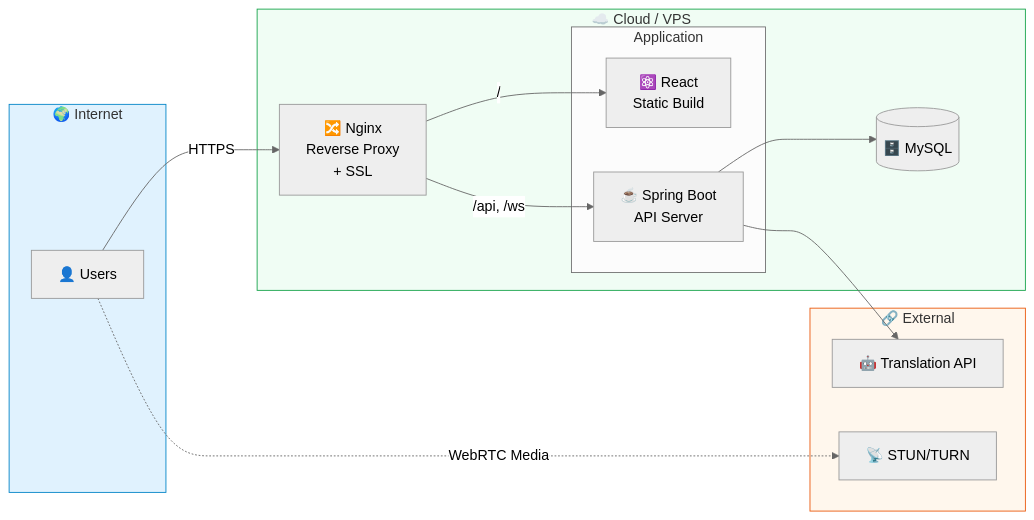
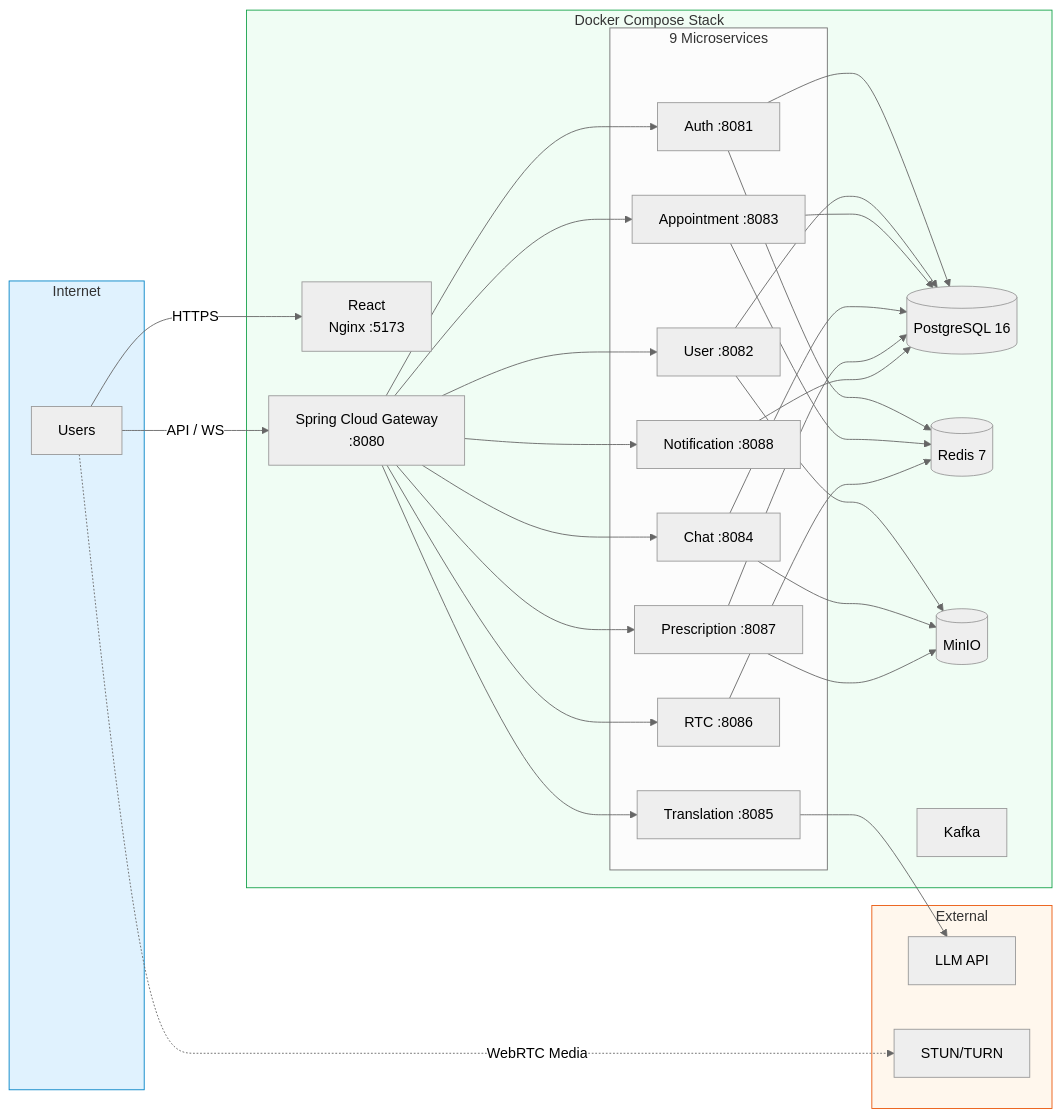
One commit to shivamgoyalCD/SwasthyaSetu changed the sixth of 6 diagrams in README.md. Above: the diagram before and after it, drawn with Mermaid (neutral theme). The commit also changed other lines of this file, not shown here.

````diff
--- a/README.md
+++ b/README.md
@@ -581,31 +706,43 @@
 ```mermaid
 graph LR
-    subgraph Internet["🌍 Internet"]
-        USER["👤 Users"]
+    subgraph Internet["Internet"]
+        USER["Users"]
     end
 
-    subgraph Infra["☁️ Cloud / VPS"]
-        NG["🔀 Nginx<br/>Reverse Proxy<br/>+ SSL"]
-        subgraph App["Application"]
-            FE["⚛️ React<br/>Static Build"]
-            BE["☕ Spring Boot<br/>API Server"]
+    subgraph Infra["Docker Compose Stack"]
+        FE["React<br/>Nginx :5173"]
+        GW["Spring Cloud Gateway<br/>:8080"]
+        subgraph Services["9 Microservices"]
+            S1["Auth :8081"]
+            S2["User :8082"]
+            S3["Appointment :8083"]
+            S4["Chat :8084"]
+            S5["Translation :8085"]
+            S6["RTC :8086"]
+            S7["Prescription :8087"]
+            S8["Notification :8088"]
         end
-        DB[("🗄️ MySQL")]
+        PG[("PostgreSQL 16")]
+        REDIS[("Redis 7")]
+        MINIO[("MinIO")]
+        KAFKA["Kafka"]
     end
 
-    subgraph ExtServices["🔗 External"]
-        TAPI["🤖 Translation API"]
-        STUN["📡 STUN/TURN"]
+    subgraph External["External"]
+        LLM["LLM API"]
+        STUN["STUN/TURN"]
     end
 
-    USER -->|HTTPS| NG
-    NG -->|/| FE
-    NG -->|/api, /ws| BE
-    BE --> DB
-    BE --> TAPI
+    USER -->|HTTPS| FE
+    USER -->|API / WS| GW
+    GW --> S1 & S2 & S3 & S4 & S5 & S6 & S7 & S8
+    S1 & S3 & S6 --> REDIS
+    S1 & S2 & S3 & S4 & S7 & S8 --> PG
+    S2 & S4 & S7 --> MINIO
+    S5 --> LLM
     USER -.->|WebRTC Media| STUN
 
     style Internet fill:#e0f2fe,stroke:#0284c7
     style Infra fill:#f0fdf4,stroke:#16a34a
-    style ExtServices fill:#fff7ed,stroke:#ea580c
+    style External fill:#fff7ed,stroke:#ea580c
 ```
````
